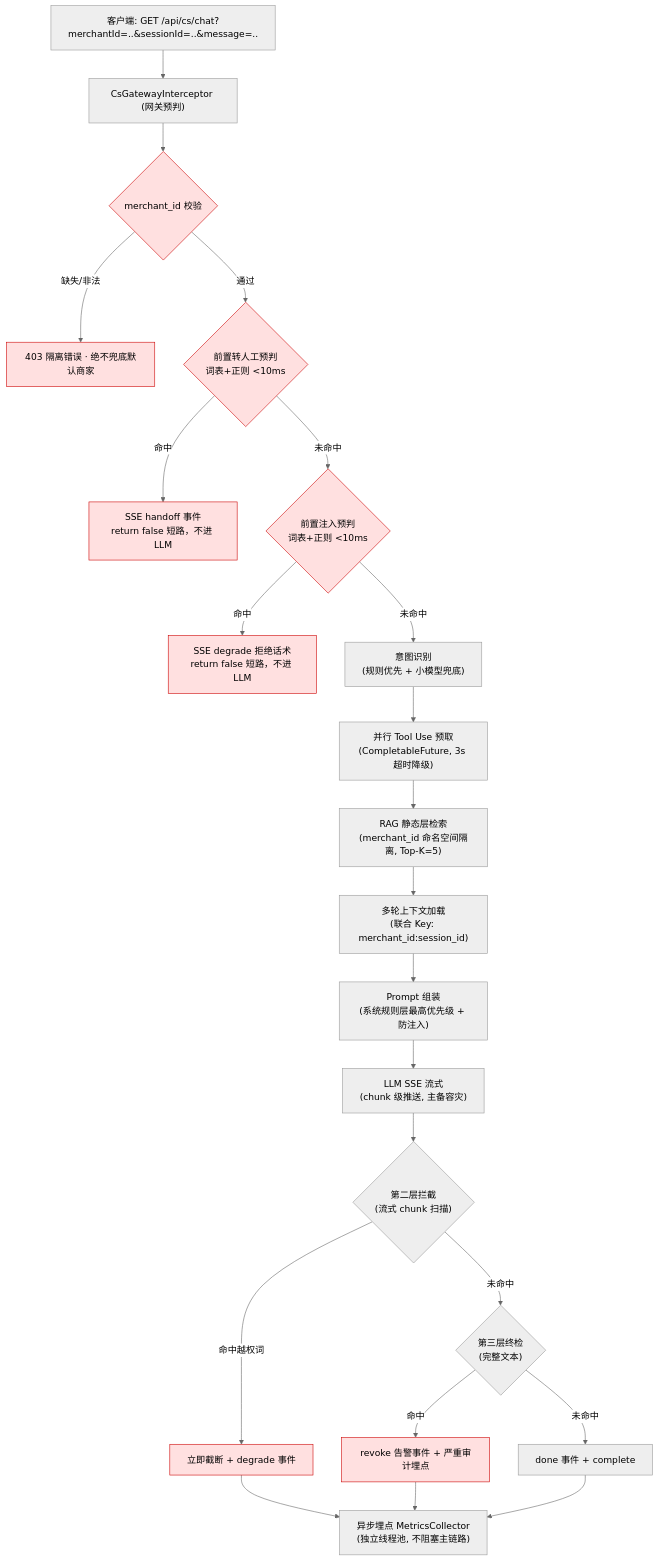
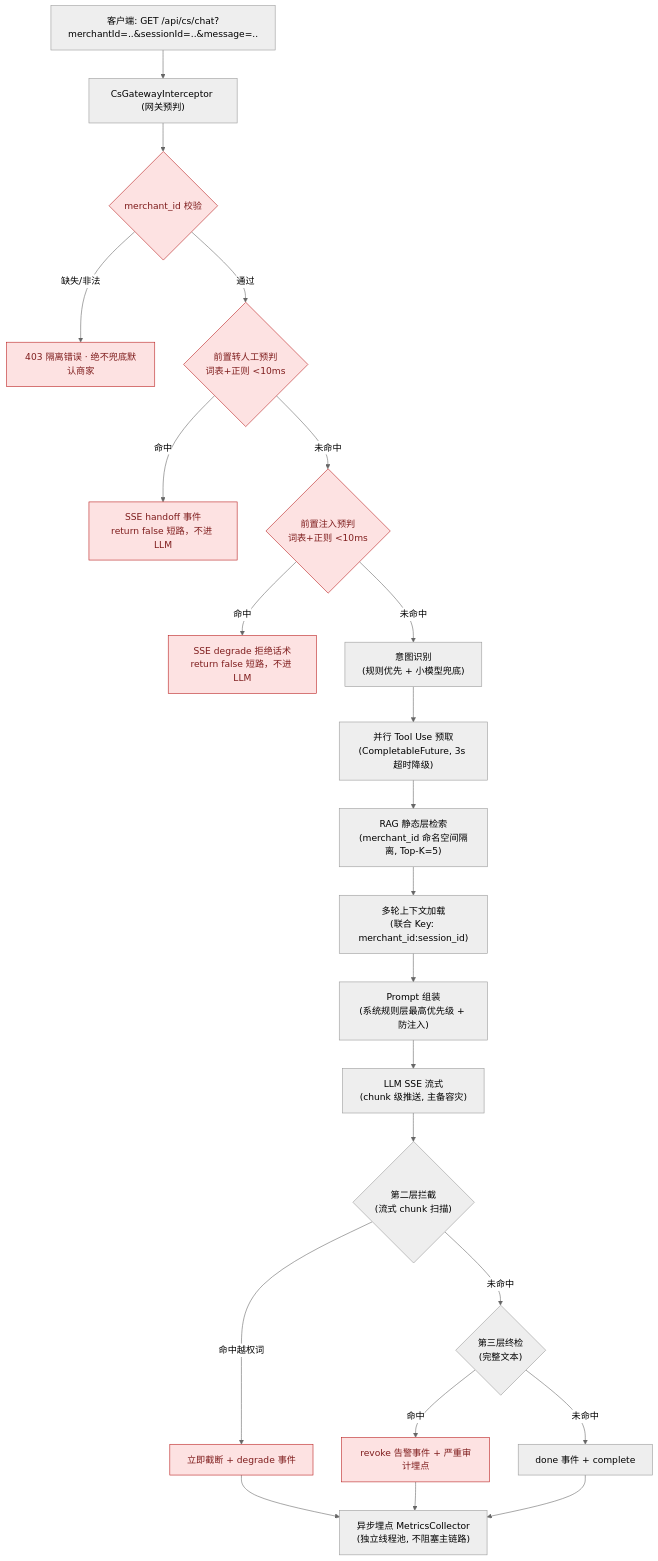
One commit to CHANSingYeungSunny/uniselect-agent-backend changed the diagram in uniselect-cs-agent/README.md. Above: the diagram before and after it, drawn with Mermaid (neutral theme).

Commit message:
docs: improve mermaid diagram contrast (dark red on light bg for readability)

````diff
--- a/uniselect-cs-agent/README.md
+++ b/uniselect-cs-agent/README.md
@@ -29,27 +29,27 @@
 ```mermaid
 flowchart TD
     A["客户端: GET /api/cs/chat?merchantId=..&sessionId=..&message=.."] --> B["CsGatewayInterceptor (网关预判)"]
     B --> C{"merchant_id 校验"}
     C -- 缺失/非法 --> D["403 隔离错误 · 绝不兜底默认商家"]
     C -- 通过 --> E{"前置转人工预判<br/>词表+正则 <10ms"}
     E -- 命中 --> F["SSE handoff 事件<br/>return false 短路，不进 LLM"]
     E -- 未命中 --> E2{"前置注入预判<br/>词表+正则 <10ms"}
     E2 -- 命中 --> F2["SSE degrade 拒绝话术<br/>return false 短路，不进 LLM"]
     E2 -- 未命中 --> G["意图识别<br/>(规则优先 + 小模型兜底)"]
     G --> H["并行 Tool Use 预取<br/>(CompletableFuture, 3s 超时降级)"]
     H --> I["RAG 静态层检索<br/>(merchant_id 命名空间隔离, Top-K=5)"]
     I --> J["多轮上下文加载<br/>(联合 Key: merchant_id:session_id)"]
     J --> K["Prompt 组装<br/>(系统规则层最高优先级 + 防注入)"]
     K --> L["LLM SSE 流式<br/>(chunk 级推送, 主备容灾)"]
     L --> M{"第二层拦截<br/>(流式 chunk 扫描)"}
     M -- 命中越权词 --> N["立即截断 + degrade 事件"]
     M -- 未命中 --> O{"第三层终检<br/>(完整文本)"}
     O -- 命中 --> P["revoke 告警事件 + 严重审计埋点"]
     O -- 未命中 --> Q["done 事件 + complete"]
     Q --> R["异步埋点 MetricsCollector<br/>(独立线程池, 不阻塞主链路)"]
     N --> R
     P --> R
 
-    classDef red fill:#ffe0e0,stroke:#c00;
+    classDef red fill:#fde2e2,stroke:#b91c1c,color:#7f1d1d;
     class C,D,E,E2,F,F2,N,P red;
 ```
````
